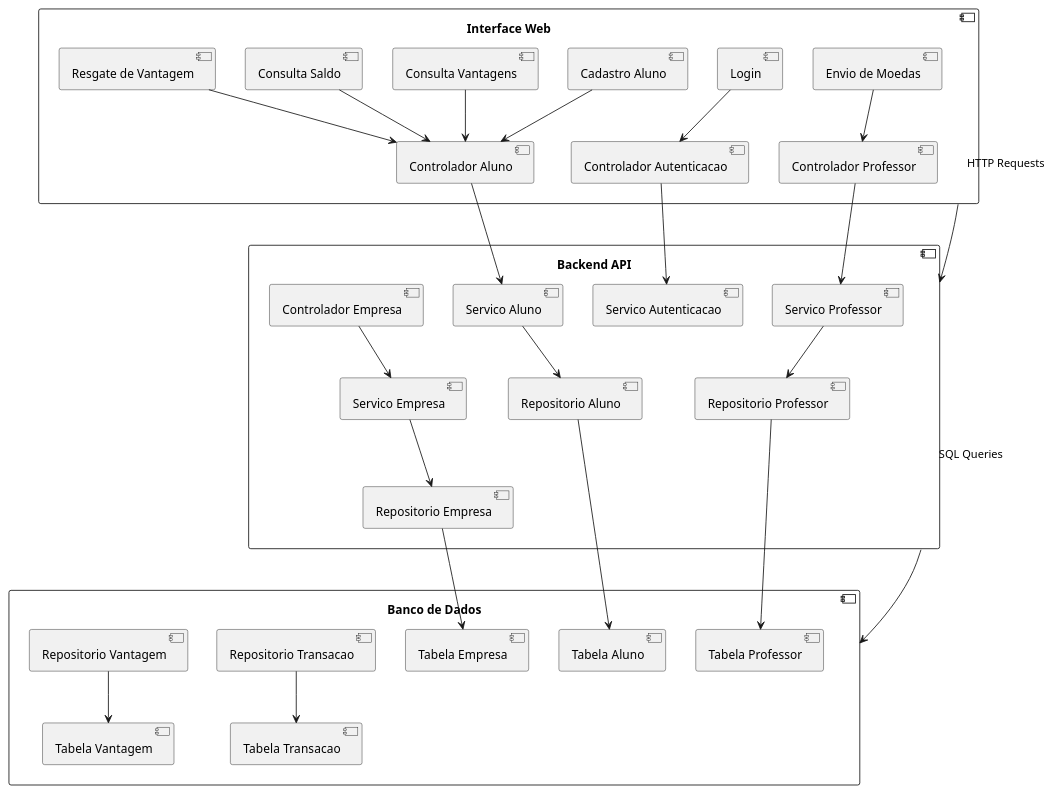
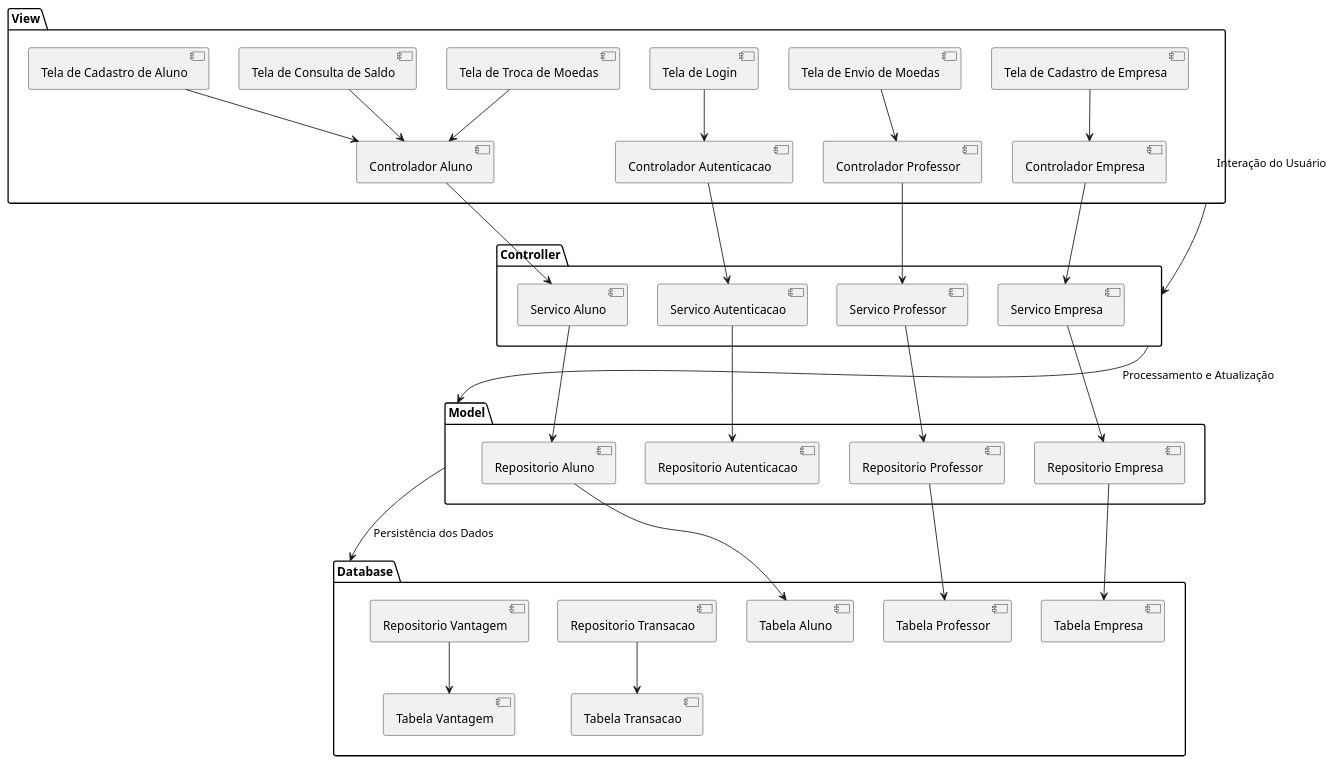
The diagram in project/diagramaDeComponentes.puml (liviabontempol/LDS-projeto3), drawn with PlantUML before and after one commit.

Commit message:
Componentes

```diff
--- a/project/diagramaDeComponentes.puml
+++ b/project/diagramaDeComponentes.puml
@@ -1,31 +1,36 @@
 @startuml
-component "Interface Web" {
-    [Cadastro Aluno] --> [Controlador Aluno]
-    [Login] --> [Controlador Autenticacao]
-    [Consulta Saldo] --> [Controlador Aluno]
-    [Envio de Moedas] --> [Controlador Professor]
-    [Consulta Vantagens] --> [Controlador Aluno]
-    [Resgate de Vantagem] --> [Controlador Aluno]
+package "View" {
+    [Tela de Cadastro de Aluno] --> [Controlador Aluno]
+    [Tela de Login] --> [Controlador Autenticacao]
+    [Tela de Consulta de Saldo] --> [Controlador Aluno]
+    [Tela de Envio de Moedas] --> [Controlador Professor]
+    [Tela de Troca de Moedas] --> [Controlador Aluno]
+    [Tela de Cadastro de Empresa] --> [Controlador Empresa]
 }
 
-component "Backend API" {
+package "Controller" {
     [Controlador Aluno] --> [Servico Aluno]
     [Controlador Professor] --> [Servico Professor]
     [Controlador Empresa] --> [Servico Empresa]
     [Controlador Autenticacao] --> [Servico Autenticacao]
+}
+
+package "Model" {
     [Servico Aluno] --> [Repositorio Aluno]
     [Servico Professor] --> [Repositorio Professor]
     [Servico Empresa] --> [Repositorio Empresa]
+    [Servico Autenticacao] --> [Repositorio Autenticacao]
 }
 
-component "Banco de Dados" {
+package "Database" {
     [Repositorio Aluno] --> [Tabela Aluno]
     [Repositorio Professor] --> [Tabela Professor]
     [Repositorio Empresa] --> [Tabela Empresa]
     [Repositorio Transacao] --> [Tabela Transacao]
     [Repositorio Vantagem] --> [Tabela Vantagem]
 }
 
-[Interface Web] --> [Backend API] : HTTP Requests
-[Backend API] --> [Banco de Dados] : SQL Queries
+[View] --> [Controller] : Interação do Usuário
+[Controller] --> [Model] : Processamento e Atualização
+[Model] --> [Database] : Persistência dos Dados
 @enduml
```
